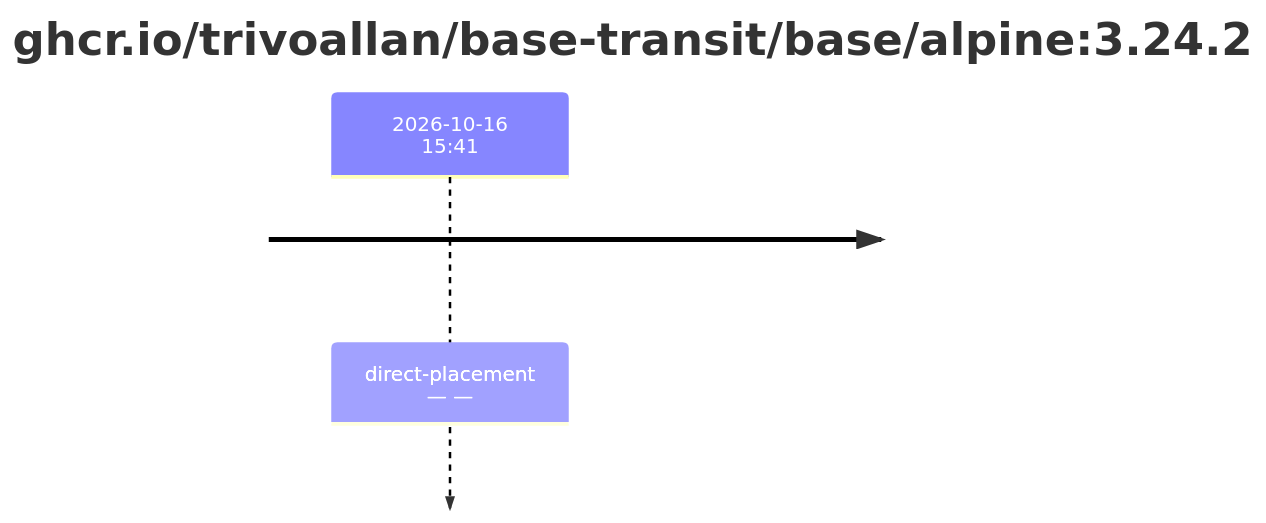
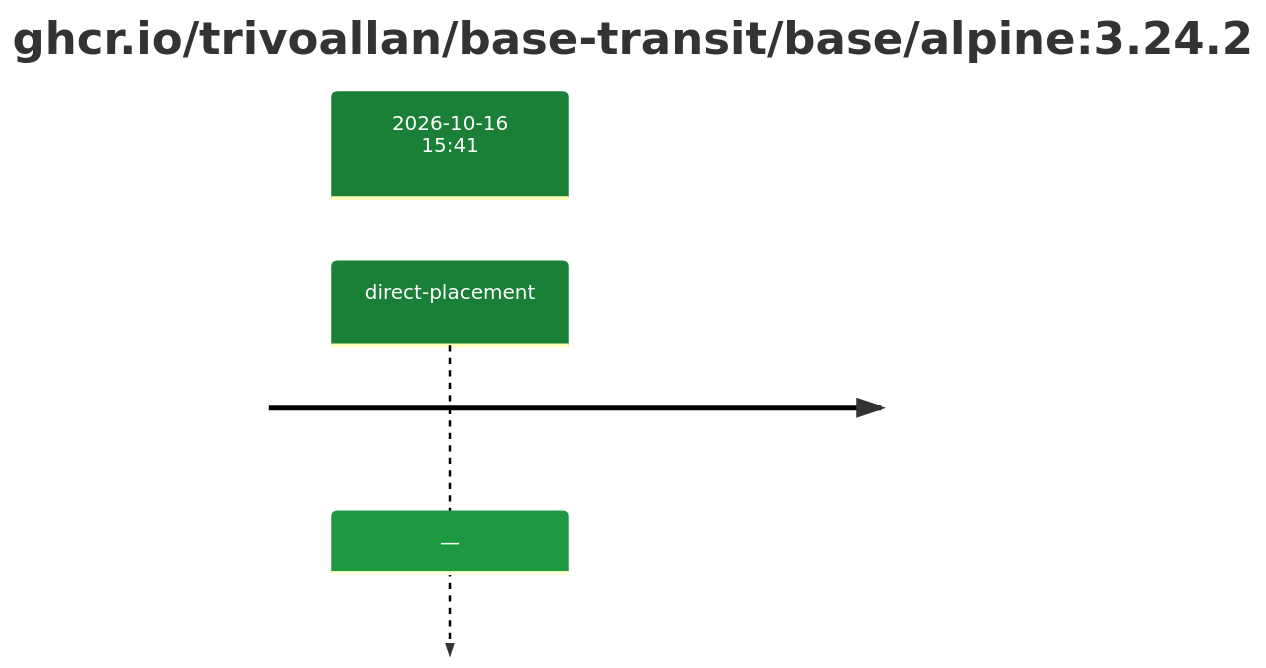
The second of 2 diagrams in results/reports/base-alpine-3/sha256:294b683cb724975bec92580e1e685676bd4b50bda910ddb8c51d4cabeaec77e6.md (trivoallan/base-images), drawn with Mermaid before and after one commit. The commit also changed other lines of this file and 5 other files, not shown here.

````diff
--- a/results/reports/base-alpine-3/sha256:294b683cb724975bec92580e1e685676bd4b50bda910ddb8c51d4cabeaec77e6.md
+++ b/results/reports/base-alpine-3/sha256:294b683cb724975bec92580e1e685676bd4b50bda910ddb8c51d4cabeaec77e6.md
@@ -19,5 +21,7 @@
 ```mermaid
+%%{init: {"theme": "default", "themeVariables": {"cScale0": "#1a7f37", "cScaleLabel0": "#ffffff"}}}%%
 timeline
     title ghcr.io/trivoallan/base-transit/base/alpine#58;3.24.2
-    2026-10-16 15#58;41 : direct-placement — —
+    section 2026-10-16 15#58;41
+        direct-placement : —
 ```
````
